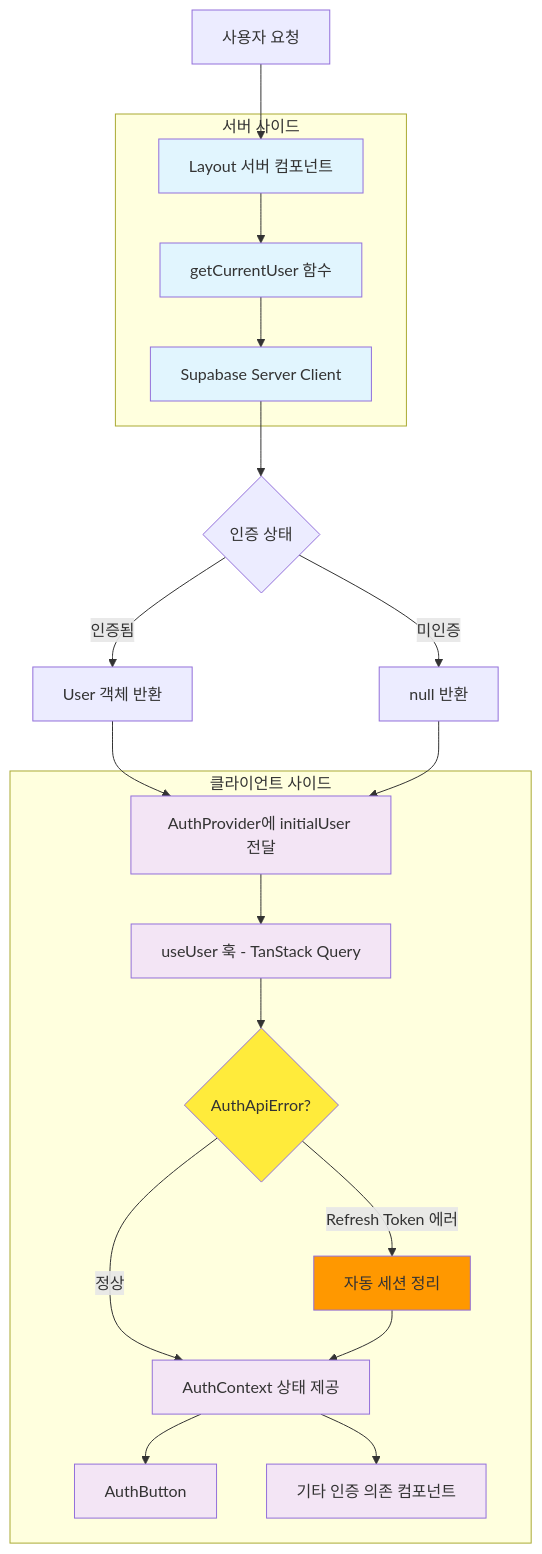
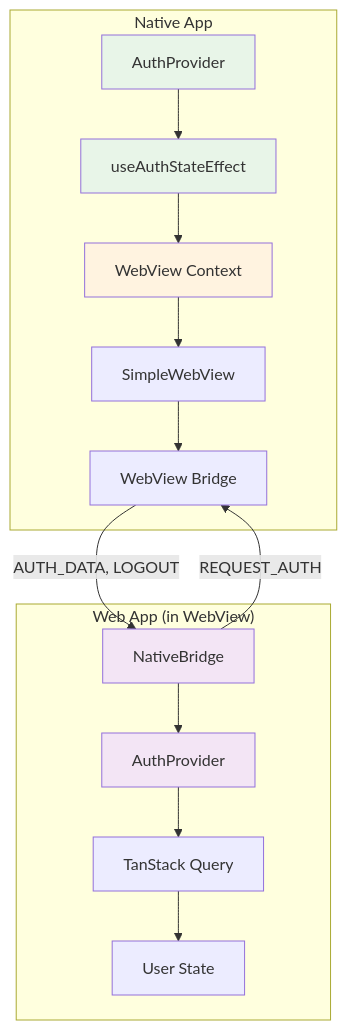
The first of 3 diagrams in docs/development/authentication-architecture.md (jgjgill/my-speak), drawn with Mermaid before and after one commit. The commit also changed other lines of this file, not shown here.

````diff
--- a/docs/development/authentication-architecture.md
+++ b/docs/development/authentication-architecture.md
@@ -9,48 +12,24 @@
 ```mermaid
-graph TD
-    A[사용자 요청] --> B[Layout 서버 컴포넌트]
-    B --> C[getCurrentUser 함수]
-    C --> D[Supabase Server Client]
-    D --> E{인증 상태}
-    
-    E -->|인증됨| F[User 객체 반환]
-    E -->|미인증| G[null 반환]
-    
-    F --> H[AuthProvider에 initialUser 전달]
-    G --> H
-    
-    H --> I[useUser 훅 - TanStack Query]
-    I --> J{AuthApiError?}
-    J -->|Refresh Token 에러| K[자동 세션 정리]
-    J -->|정상| L[AuthContext 상태 제공]
-    K --> L
-    
-    L --> M[AuthButton]
-    L --> N[기타 인증 의존 컴포넌트]
-    
-    subgraph "서버 사이드"
-        B
-        C
-        D
-        style B fill:#e1f5fe
-        style C fill:#e1f5fe
-        style D fill:#e1f5fe
+graph TB
+    subgraph "Native App"
+        A[AuthProvider] --> B[useAuthStateEffect]
+        B --> C[WebView Context]
+        C --> D[SimpleWebView]
+        D --> E[WebView Bridge]
     end
     
-    subgraph "클라이언트 사이드"
-        H
-        I
-        J
-        K
-        L
-        M
-        N
-        style H fill:#f3e5f5
-        style I fill:#f3e5f5
-        style J fill:#ffeb3b
-        style K fill:#ff9800
-        style L fill:#f3e5f5
-        style M fill:#f3e5f5
-        style N fill:#f3e5f5
+    subgraph "Web App (in WebView)"
+        F[NativeBridge] --> G[AuthProvider]
+        G --> H[TanStack Query]
+        H --> I[User State]
     end
+    
+    E -->|AUTH_DATA, LOGOUT| F
+    F -->|REQUEST_AUTH| E
+    
+    style A fill:#e8f5e8
+    style B fill:#e8f5e8
+    style C fill:#fff3e0
+    style F fill:#f3e5f5
+    style G fill:#f3e5f5
 ```
````
